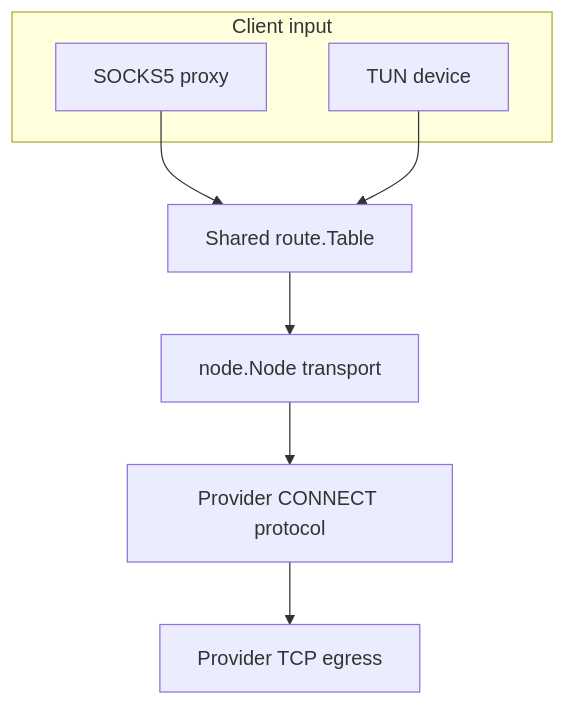
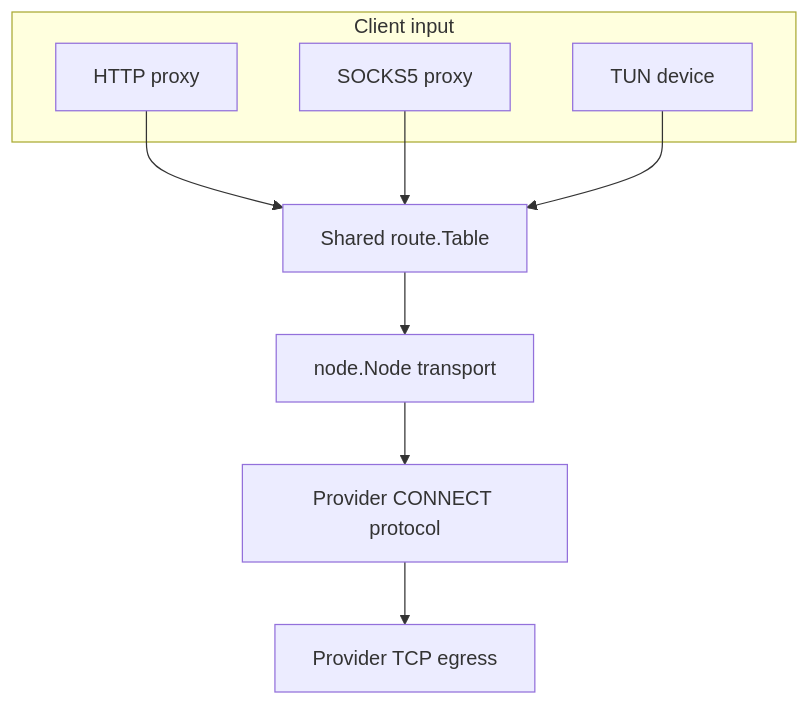
One commit to Aldiwildan77/tunny changed the third of 3 diagrams in docs/architecture.md. Above: the diagram before and after it, drawn with Mermaid. The commit also changed other lines of this file and 22 other files, not shown here.

````diff
--- a/docs/architecture.md
+++ b/docs/architecture.md
@@ -48,17 +48,19 @@
 ```mermaid
 flowchart TB
        subgraph Input["Client input"]
+              HTTP["HTTP proxy"]
               SOCKS["SOCKS5 proxy"]
               TUN["TUN device"]
        end
        Route["Shared route.Table"]
        Node["node.Node transport"]
        Forward["Provider CONNECT protocol"]
        Egress["Provider TCP egress"]
 
+       HTTP --> Route
        SOCKS --> Route
        TUN --> Route
        Route --> Node
        Node --> Forward
        Forward --> Egress
 ```
````
